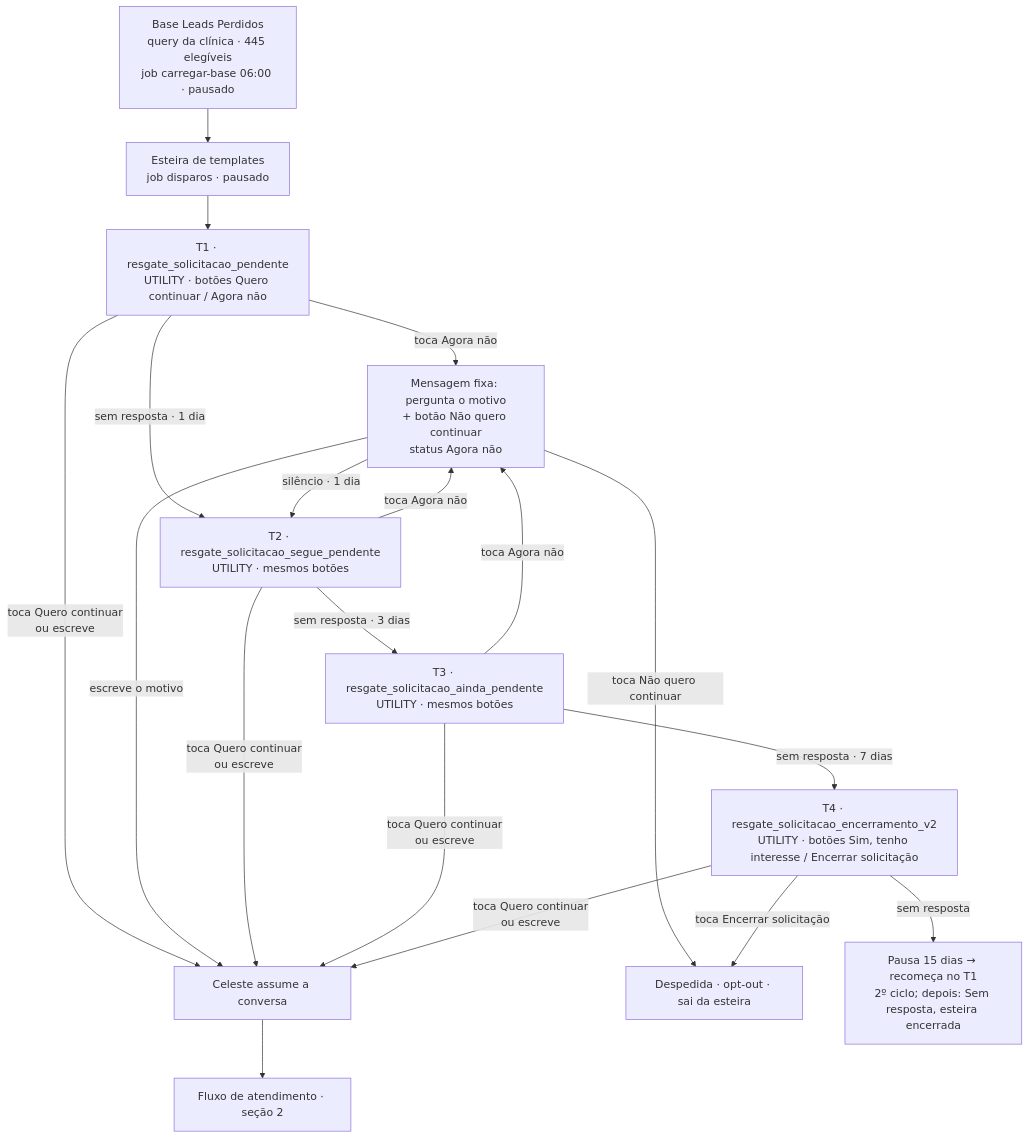
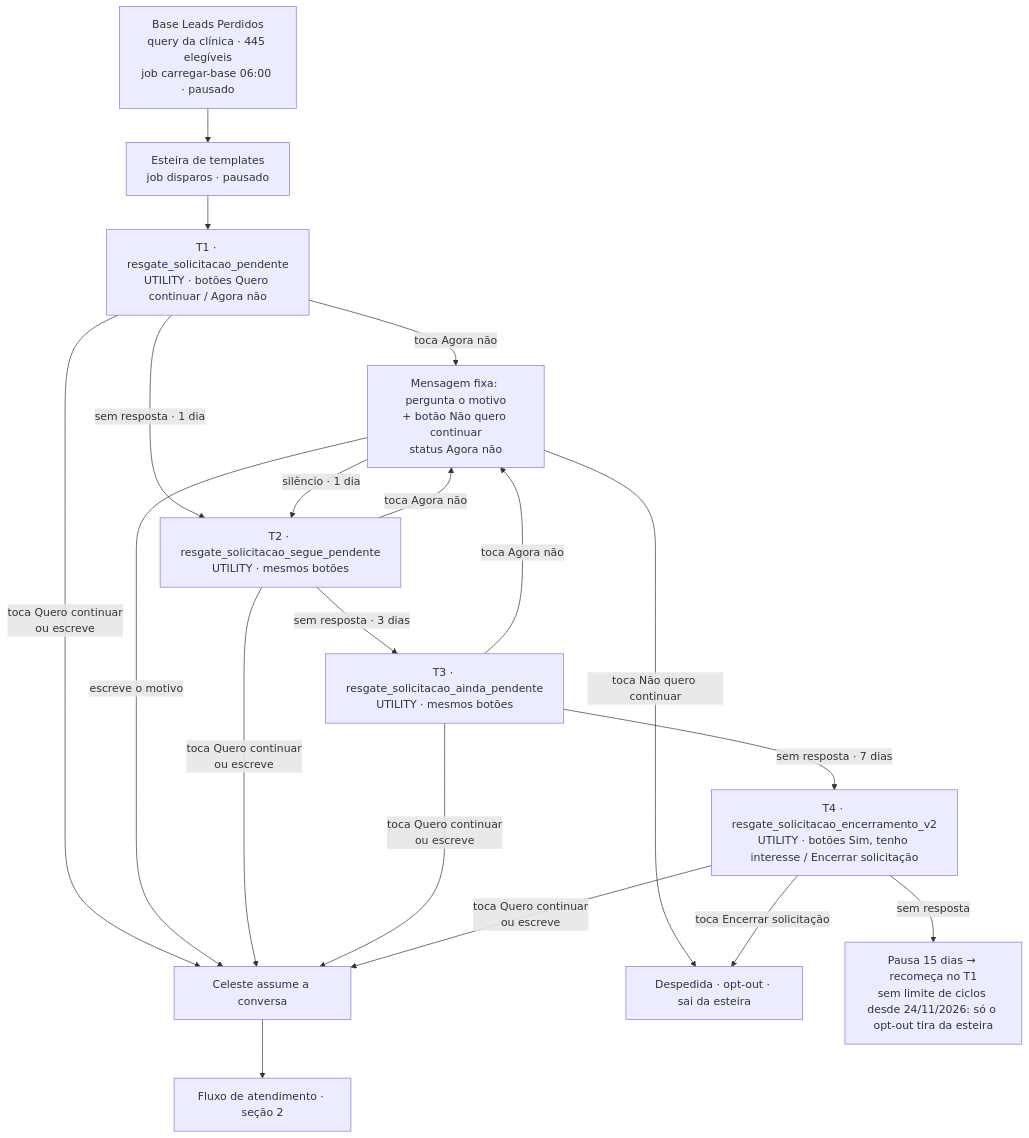
Before and after one commit to celeste-passoni/celeste-passoni: the first of 2 diagrams in docs/fluxo-leads-perdidos.md, drawn with Mermaid. The commit also changed 4 other files, not shown here.

Commit message:
Esteira sem limite de ciclos: só o opt-out tira o lead (decisão da clínica 24/11)

````diff
--- a/docs/fluxo-leads-perdidos.md
+++ b/docs/fluxo-leads-perdidos.md
@@ -7,21 +7,21 @@
 ```mermaid
 flowchart TD
     A[Base Leads Perdidos<br/>query da clínica · 445 elegíveis<br/>job carregar-base 06:00 · pausado] --> B[Esteira de templates<br/>job disparos · pausado]
     B --> T1[T1 · resgate_solicitacao_pendente<br/>UTILITY · botões Quero continuar / Agora não]
     T1 -->|toca Quero continuar<br/>ou escreve| C[Celeste assume a conversa]
     T1 -->|toca Agora não| AN[Mensagem fixa: pergunta o motivo<br/>+ botão Não quero continuar<br/>status Agora não]
     T1 -->|sem resposta · 1 dia| T2[T2 · resgate_solicitacao_segue_pendente<br/>UTILITY · mesmos botões]
     AN -->|escreve o motivo| C
     AN -->|toca Não quero continuar| OUT[Despedida · opt-out · sai da esteira]
     AN -->|silêncio · 1 dia| T2
     T2 -->|toca Quero continuar<br/>ou escreve| C
     T2 -->|toca Agora não| AN
     T2 -->|sem resposta · 3 dias| T3[T3 · resgate_solicitacao_ainda_pendente<br/>UTILITY · mesmos botões]
     T3 -->|toca Quero continuar<br/>ou escreve| C
     T3 -->|toca Agora não| AN
     T3 -->|sem resposta · 7 dias| T4[T4 · resgate_solicitacao_encerramento_v2<br/>UTILITY · botões Sim, tenho interesse / Encerrar solicitação]
     T4 -->|toca Quero continuar<br/>ou escreve| C
     T4 -->|toca Encerrar solicitação| OUT
-    T4 -->|sem resposta| P[Pausa 15 dias → recomeça no T1<br/>2º ciclo; depois: Sem resposta, esteira encerrada]
+    T4 -->|sem resposta| P[Pausa 15 dias → recomeça no T1<br/>sem limite de ciclos desde 24/11/2026: só o opt-out tira da esteira]
     C --> F[Fluxo de atendimento · seção 2]
 ```
````
